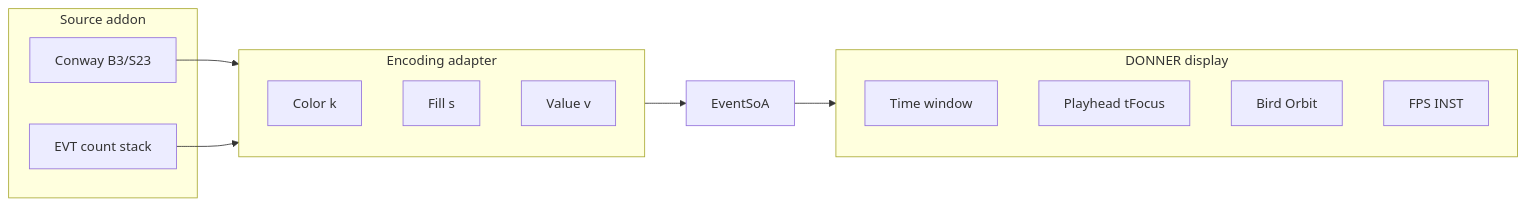
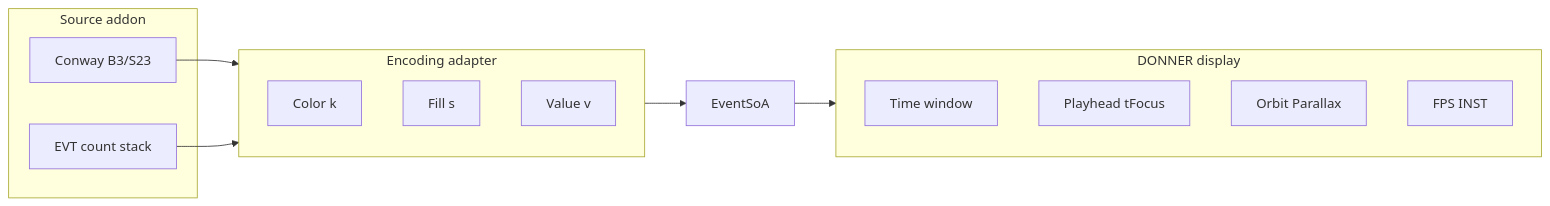
One commit to PiMaV/DONNER changed the third of 19 diagrams in architecture.md. Above: the diagram before and after it, drawn with Mermaid. The commit also changed other lines of this file and 19 other files, not shown here.

First line of the commit message:
Add a CAD viewcube and remap Bird to parallax so side views stay oriented, and let the slice stack and cube cap follow the data.

````diff
--- a/architecture.md
+++ b/architecture.md
@@ -42,22 +42,22 @@
 ```mermaid
 flowchart LR
   subgraph source [Source addon]
     conway[Conway B3/S23]
     count[EVT count stack]
   end
   subgraph adapter [Encoding adapter]
     mapK[Color k]
     mapS[Fill s]
     mapV[Value v]
   end
   subgraph engine [DONNER display]
     windowNode[Time window]
     playhead[Playhead tFocus]
-    viewCam[Bird Orbit]
+    viewCam[Orbit Parallax]
     hud[FPS INST]
   end
   conway --> adapter
   count --> adapter
   adapter --> soa2[EventSoA]
   soa2 --> engine
 ```
````
